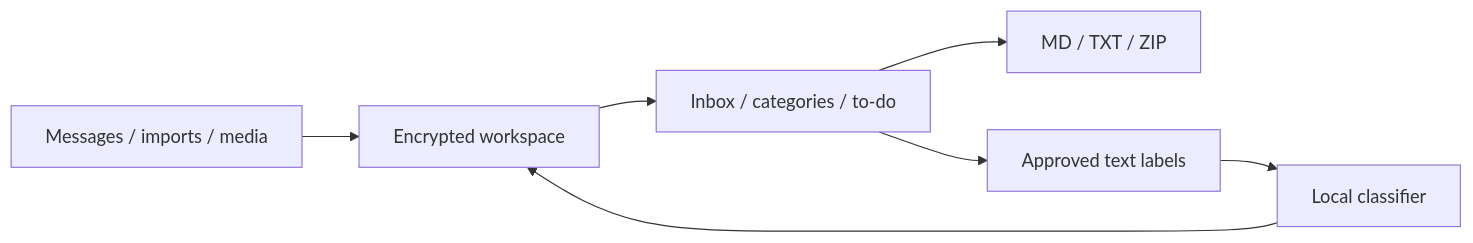
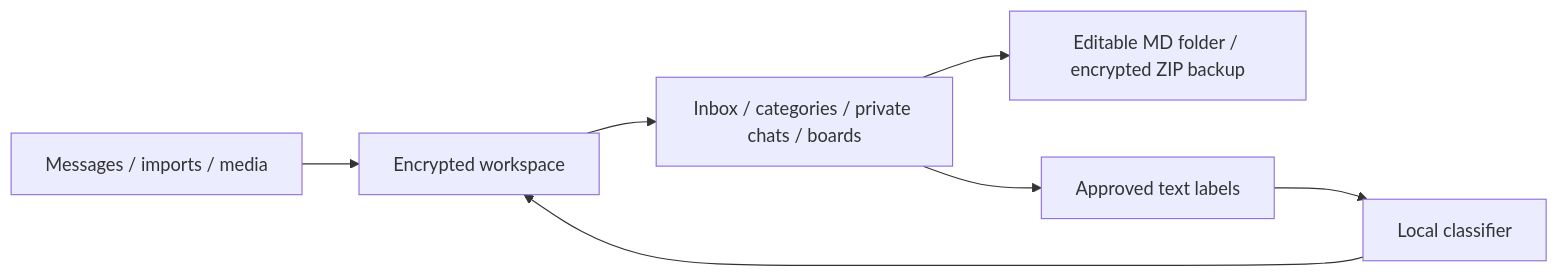
Before and after one commit to TarunB-Git/note-processing: the diagram in README.md, drawn with Mermaid. The commit also changed other lines of this file and 64 other files, not shown here.

Commit message:
Add notes boards, guided navigation, private chats and portable backups

````diff
--- a/README.md
+++ b/README.md
@@ -20,9 +20,9 @@
 ```mermaid
 flowchart LR
     Input[Messages / imports / media] --> Store[Encrypted workspace]
-    Store --> Views[Inbox / categories / to-do]
-    Views --> Export[MD / TXT / ZIP]
+    Store --> Views[Inbox / categories / private chats / boards]
+    Views --> Export[Editable MD folder / encrypted ZIP backup]
     Views --> Approval[Approved text labels]
     Approval --> Learner[Local classifier]
     Learner --> Store
 ```
````
